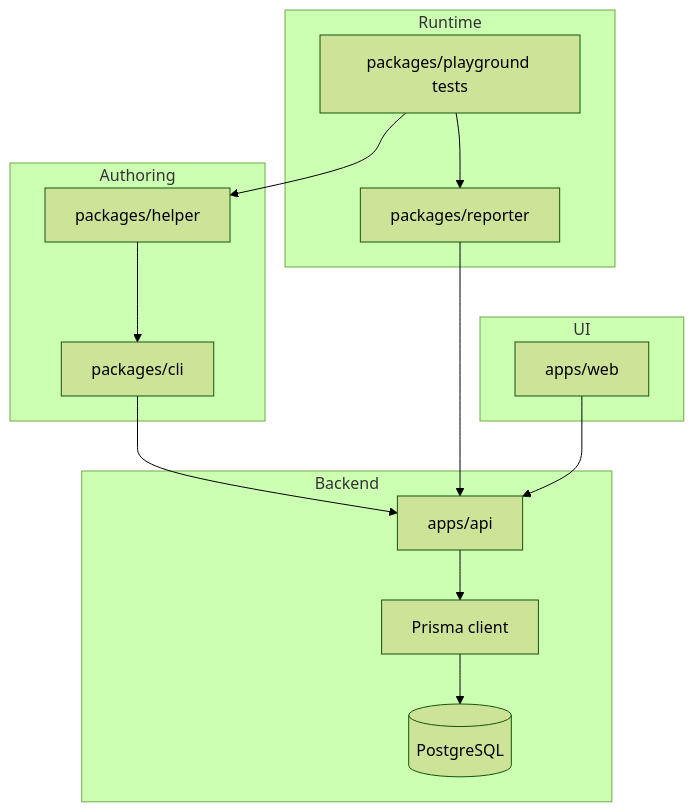
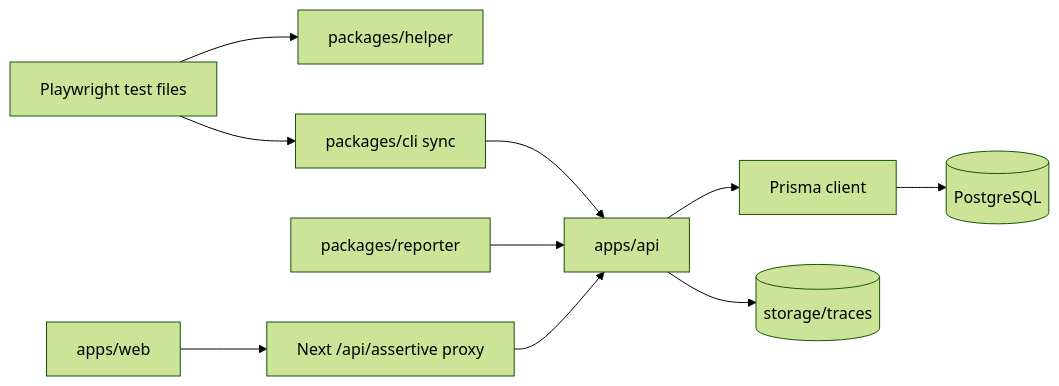
The diagram in README.md (aakash811/Assertive_v1-), drawn with Mermaid (forest theme) before and after one commit. The commit also changed other lines of this file and 35 other files, not shown here.

Commit message:
feat(epic 1): Rename uniqueId -> externalId and updated references in shared, DTOs, schema and validators

````diff
--- a/README.md
+++ b/README.md
@@ -36,30 +48,12 @@
 ```mermaid
-graph TD
-	subgraph Authoring
-		H1[packages/helper]
-		H2[packages/cli]
-	end
-
-	subgraph Runtime
-		R1[packages/reporter]
-		R2[packages/playground tests]
-	end
-
-	subgraph Backend
-		A1[apps/api]
-		A2[Prisma client]
-		A3[(PostgreSQL)]
-	end
-
-	subgraph UI
-		W1[apps/web]
-	end
-
-	R2 --> H1
-	H1 --> H2
-	H2 --> A1
-	R2 --> R1
-	R1 --> A1
-	A1 --> A2 --> A3
-	W1 --> A1
+flowchart LR
+  Tests[Playwright test files] --> Helper[packages/helper]
+  Tests --> CLI[packages/cli sync]
+  CLI --> API[apps/api]
+  Reporter[packages/reporter] --> API
+  API --> Prisma[Prisma client]
+  Prisma --> DB[(PostgreSQL)]
+  Web[apps/web] --> Proxy[Next /api/assertive proxy]
+  Proxy --> API
+  API --> Traces[(storage/traces)]
 ```
````
